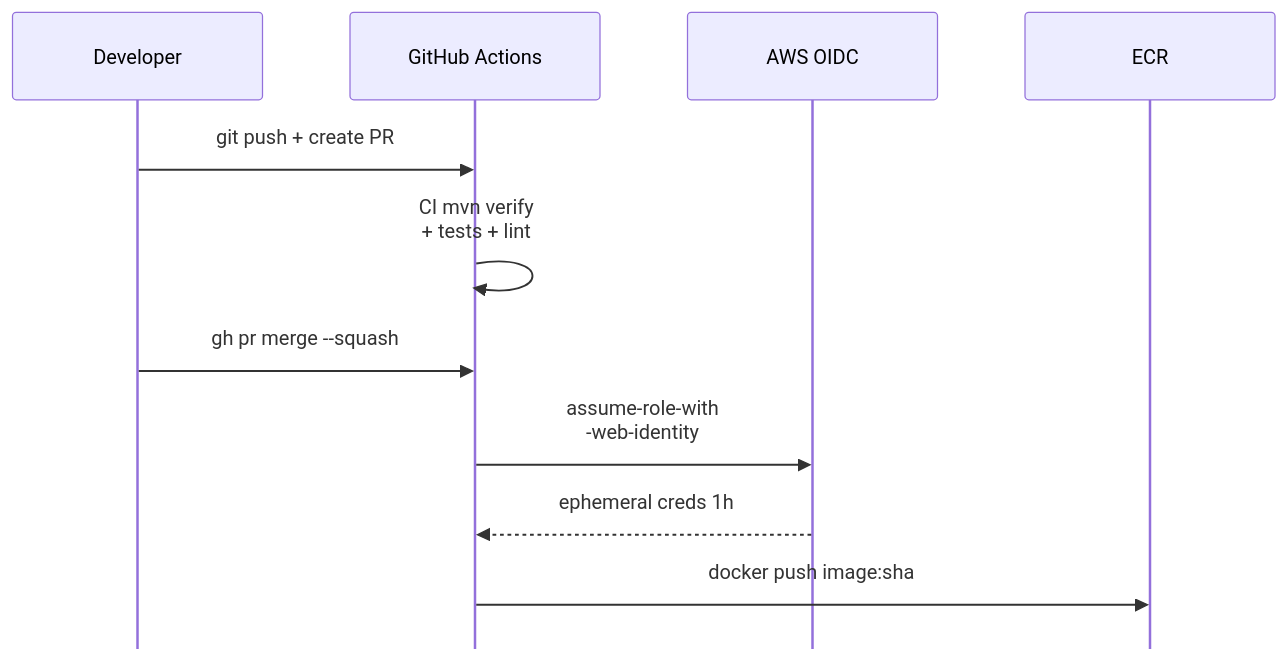
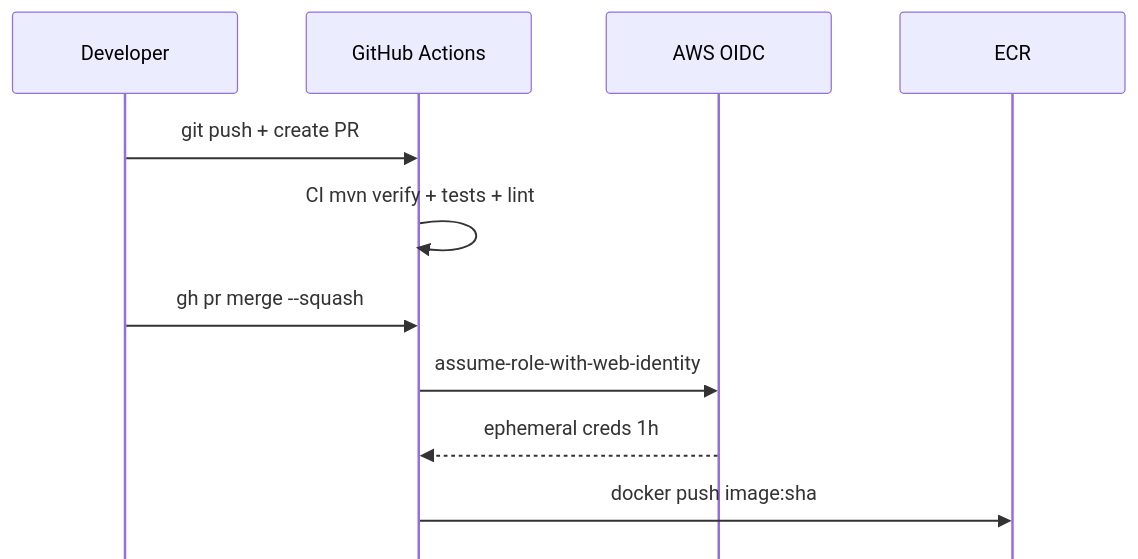
Before and after one commit to VictorAurelius/2026-Kite-Class-Platform: the third of 4 diagrams in documents/08-thesis/chapter-4-deployment-results.md, drawn with Mermaid. The commit also changed other lines of this file and 3 other files, not shown here.

First line of the commit message:
docs(thesis): sweep remaining 11 banned <br/> in sequences + fix vague Terraform version

````diff
--- a/documents/08-thesis/chapter-4-deployment-results.md
+++ b/documents/08-thesis/chapter-4-deployment-results.md
@@ -139,15 +139,15 @@
 ```mermaid
-%%{init: {"sequence": {"diagramMarginX": 50, "diagramMarginY": 25, "actorMargin": 70, "width": 200, "height": 70, "boxMargin": 18, "boxTextMargin": 10, "noteMargin": 15, "messageMargin": 50, "mirrorActors": false}, "themeVariables": {"fontSize": "34px", "messageFontSize": "32px", "noteFontSize": "32px"}}}%%
+%%{init: {"sequence": {"diagramMarginX": 30, "diagramMarginY": 20, "actorMargin": 55, "width": 180, "height": 65, "boxMargin": 14, "boxTextMargin": 8, "noteMargin": 12, "messageMargin": 40, "mirrorActors": false, "wrap": true}, "themeVariables": {"fontSize": "36px", "messageFontSize": "34px", "noteFontSize": "34px"}}}%%
 sequenceDiagram
     participant Dev as Developer
     participant GH as GitHub Actions
     participant OIDC as AWS OIDC
     participant ECR as ECR
 
     Dev->>GH: git push + create PR
-    GH->>GH: CI mvn verify<br/>+ tests + lint
+    GH->>GH: CI mvn verify + tests + lint
     Dev->>GH: gh pr merge --squash
-    GH->>OIDC: assume-role-with<br/>-web-identity
+    GH->>OIDC: assume-role-with-web-identity
     OIDC-->>GH: ephemeral creds 1h
     GH->>ECR: docker push image:sha
 ```
````
